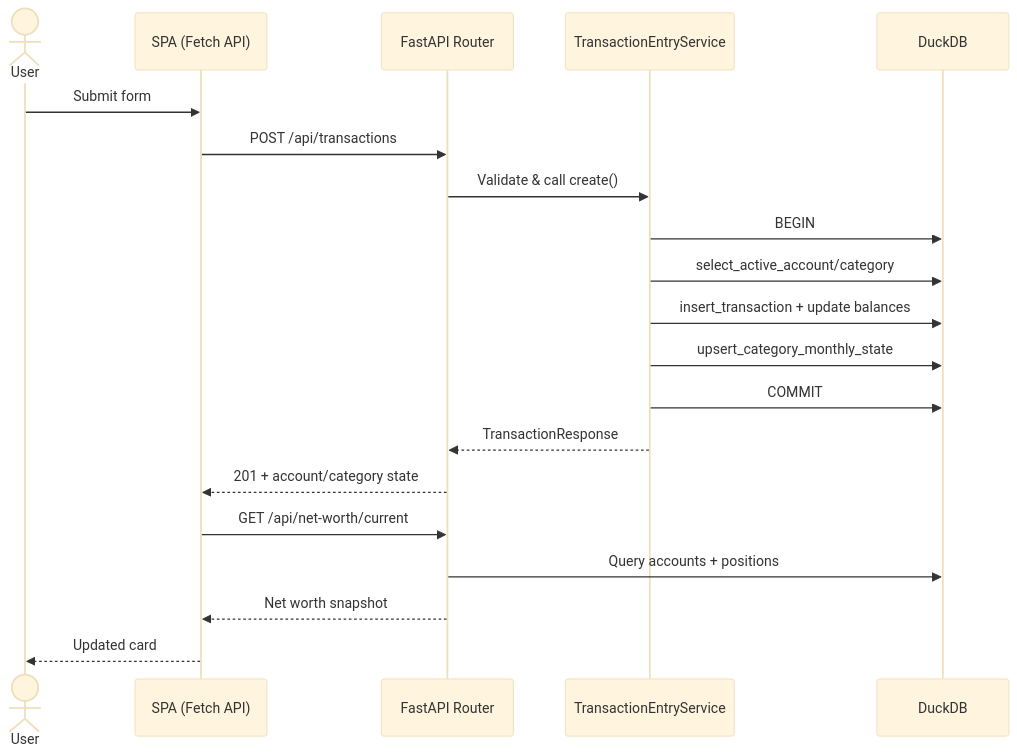
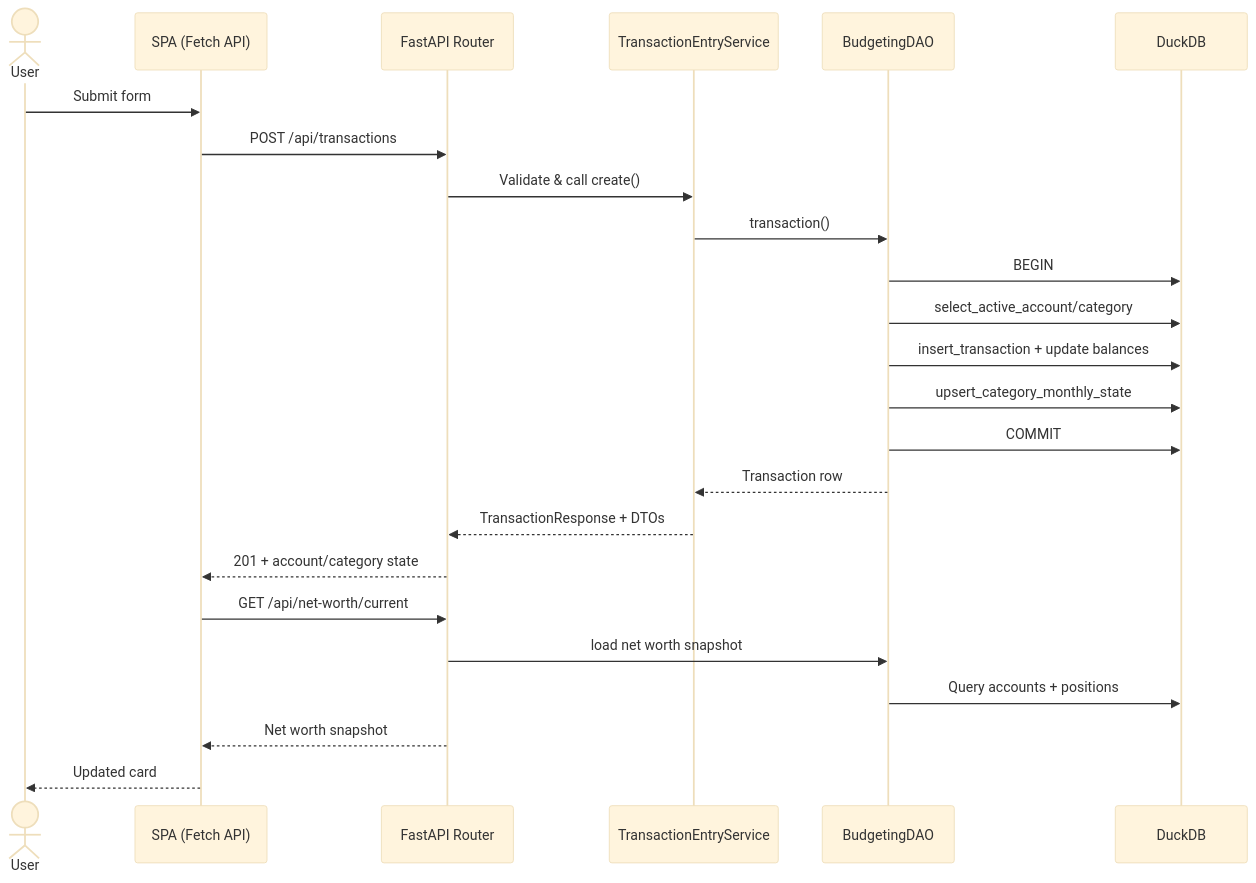
Before and after one commit to blogle/dojo: the second of 3 diagrams in docs/architecture/overview.md, drawn with Mermaid (base theme). The commit also changed other lines of this file and 14 other files, not shown here.

````diff
--- a/docs/architecture/overview.md
+++ b/docs/architecture/overview.md
@@ -93,23 +106,27 @@
 ```mermaid
 sequenceDiagram
     actor User
     participant SPA as SPA (Fetch API)
     participant API as FastAPI Router
     participant Service as TransactionEntryService
+    participant DAO as BudgetingDAO
     participant DB as DuckDB
 
     User->>SPA: Submit form
     SPA->>API: POST /api/transactions
     API->>Service: Validate & call create()
-    Service->>DB: BEGIN
-    Service->>DB: select_active_account/category
-    Service->>DB: insert_transaction + update balances
-    Service->>DB: upsert_category_monthly_state
-    Service->>DB: COMMIT
-    Service-->>API: TransactionResponse
+    Service->>DAO: transaction()
+    DAO->>DB: BEGIN
+    DAO->>DB: select_active_account/category
+    DAO->>DB: insert_transaction + update balances
+    DAO->>DB: upsert_category_monthly_state
+    DAO->>DB: COMMIT
+    DAO-->>Service: Transaction row
+    Service-->>API: TransactionResponse + DTOs
     API-->>SPA: 201 + account/category state
     SPA->>API: GET /api/net-worth/current
-    API->>DB: Query accounts + positions
+    API->>DAO: load net worth snapshot
+    DAO->>DB: Query accounts + positions
     API-->>SPA: Net worth snapshot
     SPA-->>User: Updated card
 ```
````
